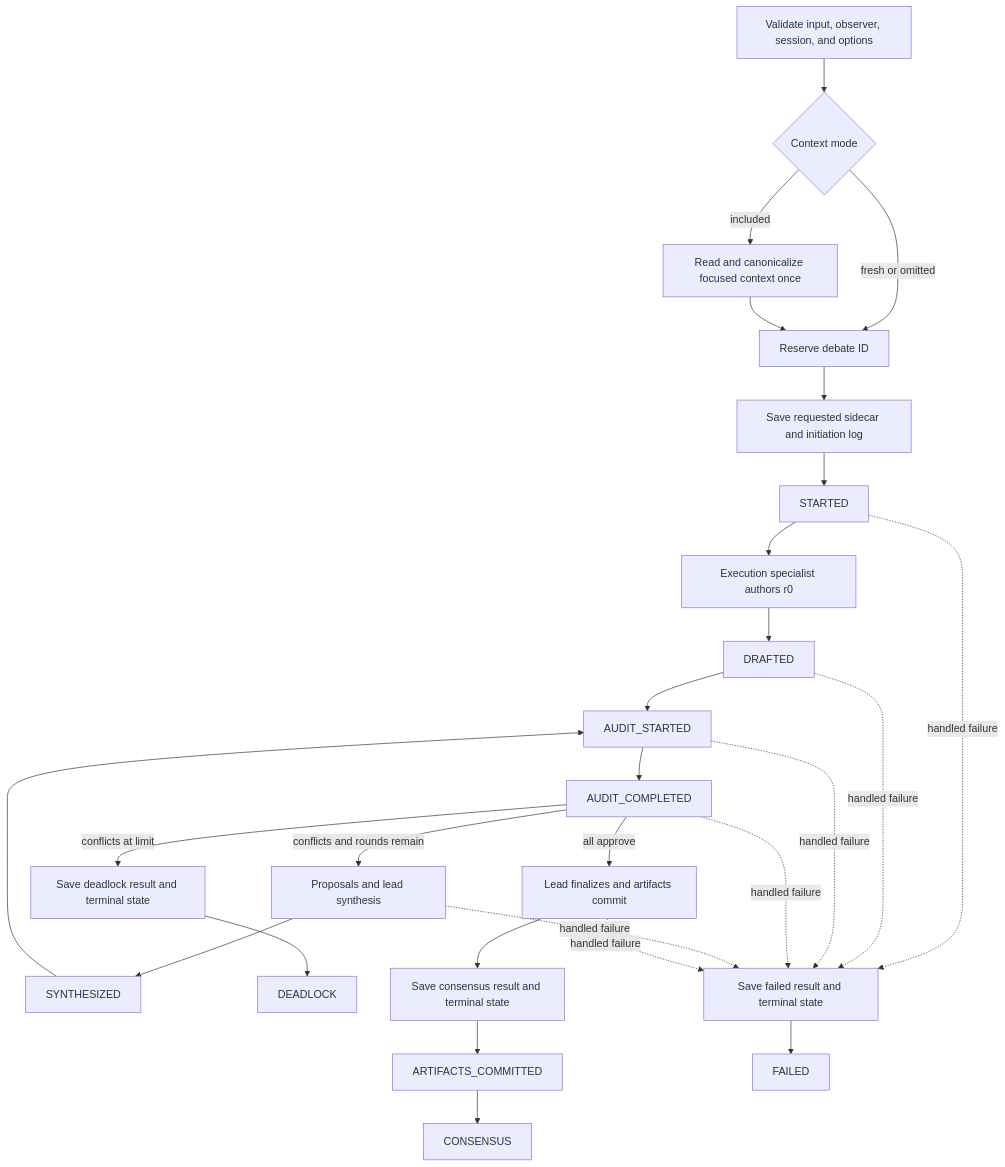
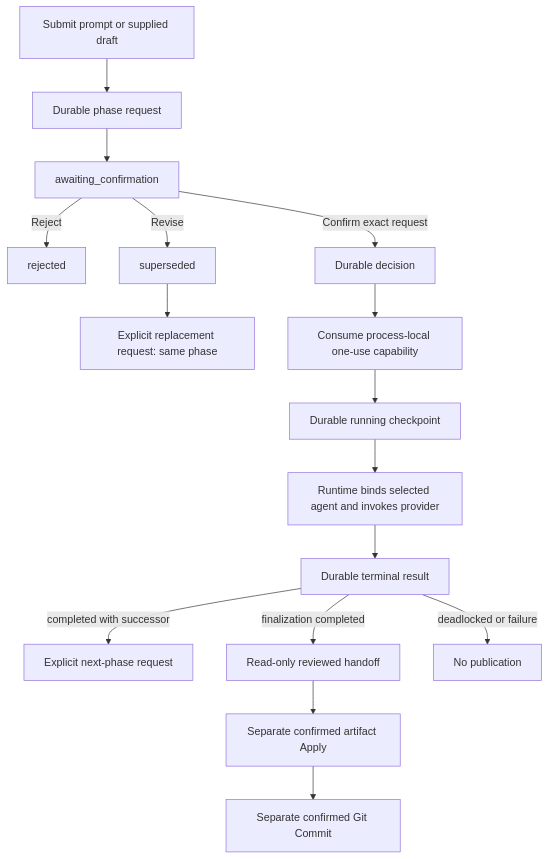
One commit to Kims-DeveloperGroup/story-writing-agents changed the diagram in docs/design/consensus-workflow.md. Above: the diagram before and after it, drawn with Mermaid. The commit also changed other lines of this file and 7 other files, not shown here.

First line of the commit message:
Expose phase-confirmed consensus through StoryRuntime

````diff
--- a/docs/design/consensus-workflow.md
+++ b/docs/design/consensus-workflow.md
@@ -17,29 +11,18 @@
 ```mermaid
 flowchart TD
-    P[Validate input, observer, session, and options] --> C{Context mode}
-    C -->|included| R[Read and canonicalize focused context once]
-    C -->|fresh or omitted| V[Reserve debate ID]
-    R --> V
-    V --> S[Save requested sidecar and initiation log]
-    S --> ST[STARTED]
-    ST --> D[Execution specialist authors r0]
-    D --> DR[DRAFTED]
-    DR --> AS[AUDIT_STARTED]
-    AS --> AC[AUDIT_COMPLETED]
-    AC -->|conflicts and rounds remain| Y[Proposals and lead synthesis]
-    Y --> SY[SYNTHESIZED]
-    SY --> AS
-    AC -->|conflicts at limit| TD[Save deadlock result and terminal state]
-    TD --> DE[DEADLOCK]
-    AC -->|all approve| F[Lead finalizes and artifacts commit]
-    F --> TC[Save consensus result and terminal state]
-    TC --> AR[ARTIFACTS_COMMITTED]
-    AR --> CO[CONSENSUS]
-    ST -. handled failure .-> TF[Save failed result and terminal state]
-    DR -. handled failure .-> TF
-    AS -. handled failure .-> TF
-    AC -. handled failure .-> TF
-    Y -. handled failure .-> TF
-    F -. handled failure .-> TF
-    TF --> FA[FAILED]
+    S[Submit prompt or supplied draft] --> R[Durable phase request]
+    R --> A[awaiting_confirmation]
+    A -->|Reject| X[rejected]
+    A -->|Revise| U[superseded]
+    U --> N[Explicit replacement request: same phase]
+    A -->|Confirm exact request| D[Durable decision]
+    D --> G[Consume process-local one-use capability]
+    G --> K[Durable running checkpoint]
+    K --> P[Runtime binds selected agent and invokes provider]
+    P --> T[Durable terminal result]
+    T -->|completed with successor| N2[Explicit next-phase request]
+    T -->|finalization completed| H[Read-only reviewed handoff]
+    T -->|deadlocked or failure| Z[No publication]
+    H --> AP[Separate confirmed artifact Apply]
+    AP --> GC[Separate confirmed Git Commit]
 ```
````
